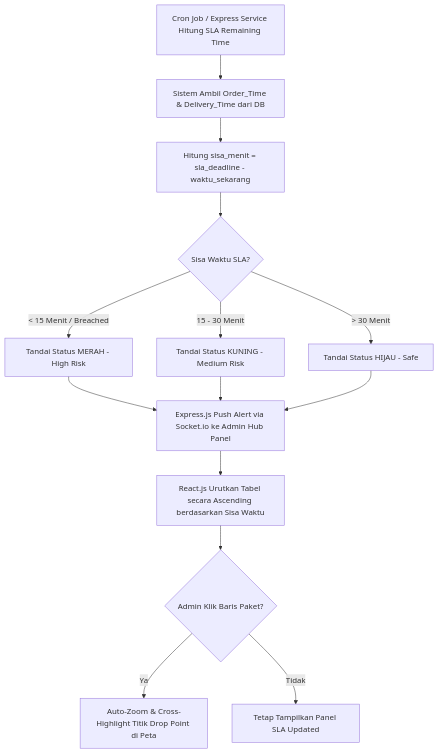
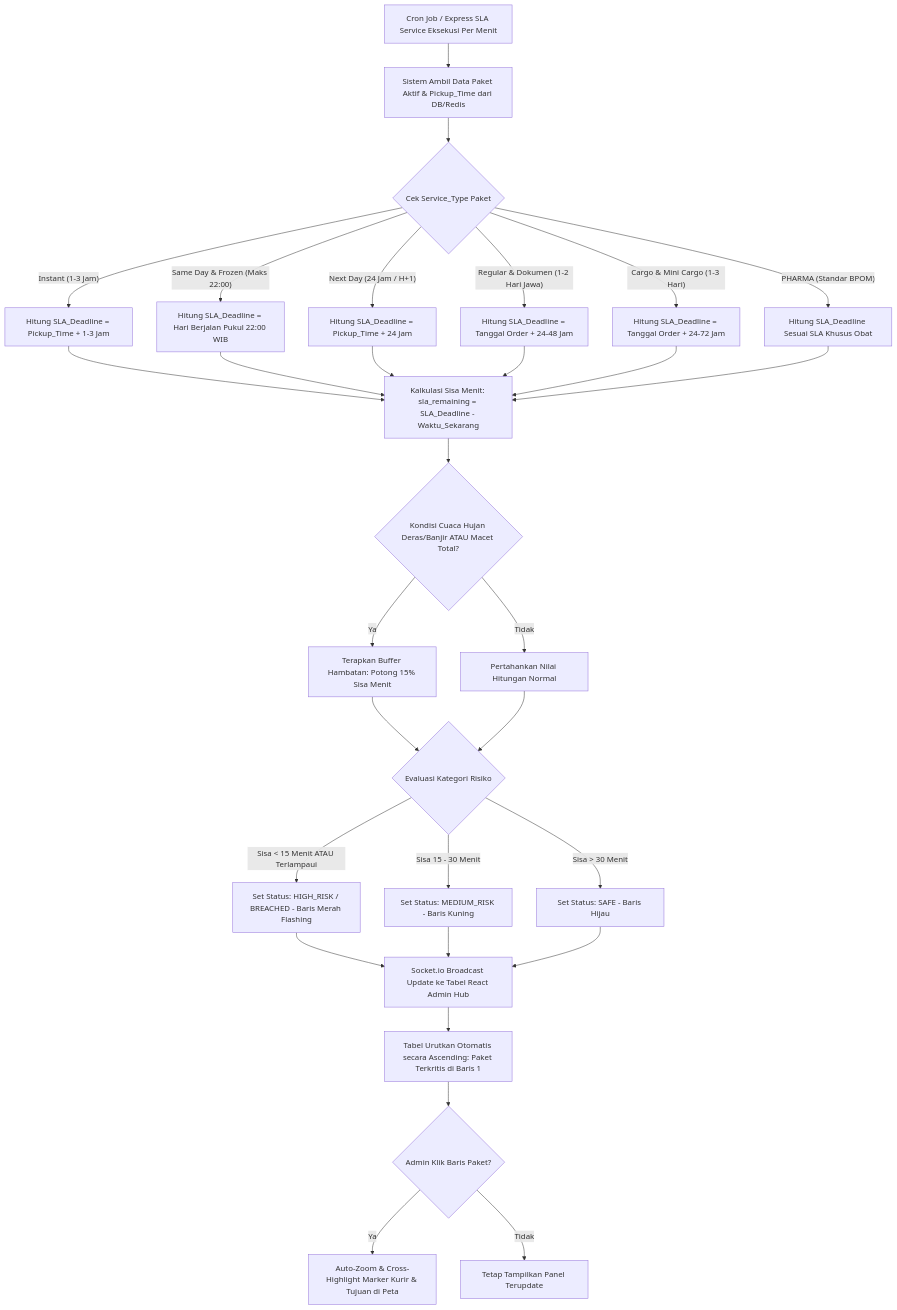
Before and after one commit to Ampasan/anteraja-capstone-naufalrakanramadhan: the diagram in docs/frd/FRD-02-sla-risk-indicator-panel.md, drawn with Mermaid. The commit also changed other lines of this file and 7 other files, not shown here.

Commit message:
docs: revamp PRD, FRD, and delivery dataset for multi service logistics

````diff
--- a/docs/frd/FRD-02-sla-risk-indicator-panel.md
+++ b/docs/frd/FRD-02-sla-risk-indicator-panel.md
@@ -21,16 +23,36 @@
 ```mermaid
 graph TD
-    A[Cron Job / Express Service Hitung SLA Remaining Time] --> B[Sistem Ambil Order_Time & Delivery_Time dari DB]
-    B --> C[Hitung sisa_menit = sla_deadline - waktu_sekarang]
-    C --> D{Sisa Waktu SLA?}
-    D -- "< 15 Menit / Breached" --> E[Tandai Status MERAH - High Risk]
-    D -- "15 - 30 Menit" --> F[Tandai Status KUNING - Medium Risk]
-    D -- "> 30 Menit" --> G[Tandai Status HIJAU - Safe]
-    E --> H[Express.js Push Alert via Socket.io ke Admin Hub Panel]
-    F --> H
-    G --> H
-    H --> I[React.js Urutkan Tabel secara Ascending berdasarkan Sisa Waktu]
-    I --> J{Admin Klik Baris Paket?}
-    J -- Ya --> K[Auto-Zoom & Cross-Highlight Titik Drop Point di Peta]
-    J -- Tidak --> L[Tetap Tampilkan Panel SLA Updated]
+    A[Cron Job / Express SLA Service Eksekusi Per Menit] --> B[Sistem Ambil Data Paket Aktif & Pickup_Time dari DB/Redis]
+    B --> C{Cek Service_Type Paket}
+    C -- "Instant (1-3 Jam)" --> D1[Hitung SLA_Deadline = Pickup_Time + 1-3 Jam]
+    C -- "Same Day & Frozen (Maks 22:00)" --> D2[Hitung SLA_Deadline = Hari Berjalan Pukul 22:00 WIB]
+    C -- "Next Day (24 Jam / H+1)" --> D3[Hitung SLA_Deadline = Pickup_Time + 24 Jam]
+    C -- "Regular & Dokumen (1-2 Hari Jawa)" --> D4[Hitung SLA_Deadline = Tanggal Order + 24-48 Jam]
+    C -- "Cargo & Mini Cargo (1-3 Hari)" --> D5[Hitung SLA_Deadline = Tanggal Order + 24-72 Jam]
+    C -- "PHARMA (Standar BPOM)" --> D6[Hitung SLA_Deadline Sesuai SLA Khusus Obat]
+    
+    D1 --> E[Kalkulasi Sisa Menit: sla_remaining = SLA_Deadline - Waktu_Sekarang]
+    D2 --> E
+    D3 --> E
+    D4 --> E
+    D5 --> E
+    D6 --> E
+    
+    E --> F{Kondisi Cuaca Hujan Deras/Banjir ATAU Macet Total?}
+    F -- Ya --> G[Terapkan Buffer Hambatan: Potong 15% Sisa Menit]
+    F -- Tidak --> H[Pertahankan Nilai Hitungan Normal]
+    
+    G --> I{Evaluasi Kategori Risiko}
+    H --> I
+    I -- "Sisa < 15 Menit ATAU Terlampaui" --> J[Set Status: HIGH_RISK / BREACHED - Baris Merah Flashing]
+    I -- "Sisa 15 - 30 Menit" --> K[Set Status: MEDIUM_RISK - Baris Kuning]
+    I -- "Sisa > 30 Menit" --> L[Set Status: SAFE - Baris Hijau]
+    
+    J --> M[Socket.io Broadcast Update ke Tabel React Admin Hub]
+    K --> M
+    L --> M
+    M --> N[Tabel Urutkan Otomatis secara Ascending: Paket Terkritis di Baris 1]
+    N --> O{Admin Klik Baris Paket?}
+    O -- Ya --> P[Auto-Zoom & Cross-Highlight Marker Kurir & Tujuan di Peta]
+    O -- Tidak --> Q[Tetap Tampilkan Panel Terupdate]
 ```
````
